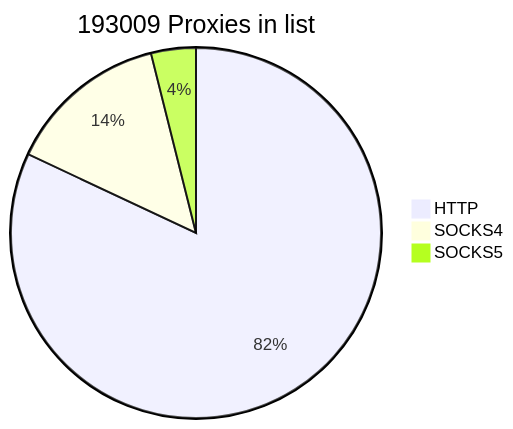
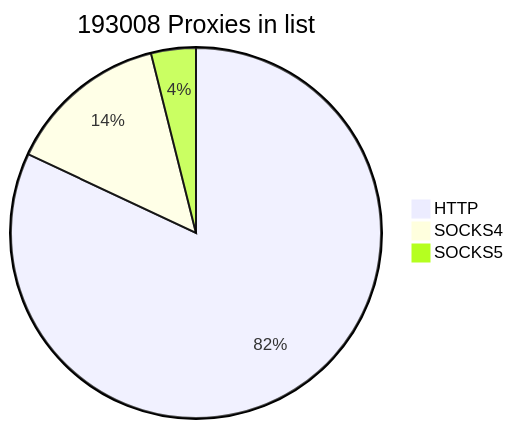
One commit to cutipu/proxylist changed the first of 2 diagrams in README.md. Above: the diagram before and after it, drawn with Mermaid. The commit also changed other lines of this file, not shown here.

````diff
--- a/README.md
+++ b/README.md
@@ -2,7 +2,7 @@
 ```mermaid
-pie title 193009 Proxies in list
-    "HTTP" : 158246
-    "SOCKS4" : 27217
-    "SOCKS5" : 7546
+pie title 193008 Proxies in list
+    "HTTP" : 158247
+    "SOCKS4" : 27214
+    "SOCKS5" : 7547
             
 ```
````
